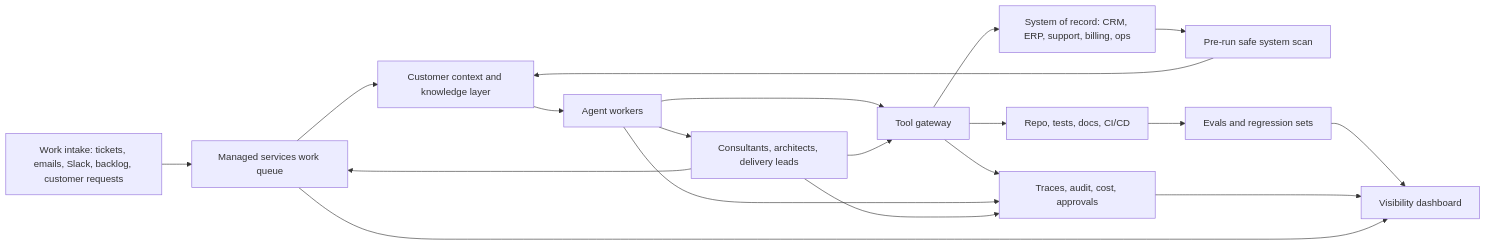
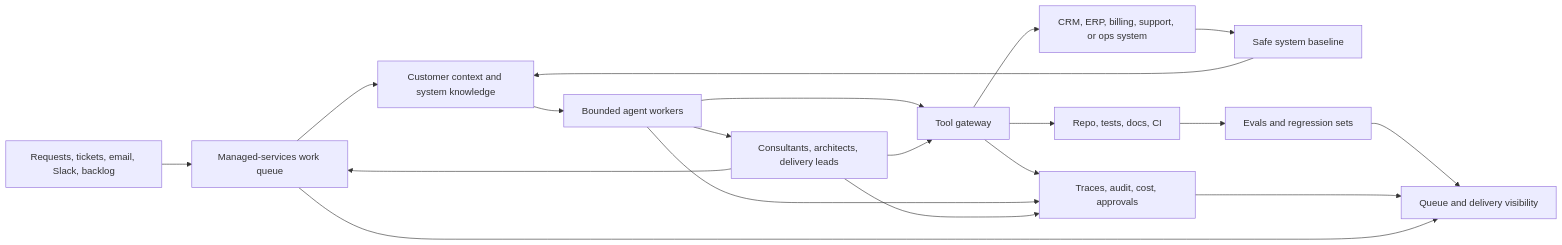
One commit to mdegoll/Hugo-Personal changed the first of 3 diagrams in content/playbooks/cooperative-managed-services-platform-systems-of-record.md. Above: the diagram before and after it, drawn with Mermaid. The commit also changed other lines of this file and 5 other files, not shown here.

````diff
--- a/content/playbooks/cooperative-managed-services-platform-systems-of-record.md
+++ b/content/playbooks/cooperative-managed-services-platform-systems-of-record.md
@@ -113,34 +117,34 @@
 ```mermaid
 flowchart LR
-    Intake["Work intake: tickets, emails, Slack, backlog, customer requests"]
-    Queue["Managed services work queue"]
-    Context["Customer context and knowledge layer"]
-    SystemScan["Pre-run safe system scan"]
-    Agents["Agent workers"]
+    Intake["Requests, tickets, email, Slack, backlog"]
+    Queue["Managed-services work queue"]
+    Context["Customer context and system knowledge"]
+    Scan["Safe system baseline"]
+    Agents["Bounded agent workers"]
     Humans["Consultants, architects, delivery leads"]
     Tools["Tool gateway"]
-    Repo["Repo, tests, docs, CI/CD"]
-    SystemOfRecord["System of record: CRM, ERP, support, billing, ops"]
+    Repo["Repo, tests, docs, CI"]
+    System["CRM, ERP, billing, support, or ops system"]
     Evals["Evals and regression sets"]
     Traces["Traces, audit, cost, approvals"]
-    Dashboard["Visibility dashboard"]
+    Dashboard["Queue and delivery visibility"]
 
     Intake --> Queue
     Queue --> Context
-    SystemOfRecord --> SystemScan
-    SystemScan --> Context
+    System --> Scan
+    Scan --> Context
     Context --> Agents
     Agents --> Tools
     Tools --> Repo
-    Tools --> SystemOfRecord
+    Tools --> System
     Agents --> Humans
     Humans --> Queue
     Humans --> Tools
     Repo --> Evals
     Tools --> Traces
     Agents --> Traces
     Humans --> Traces
     Evals --> Dashboard
     Traces --> Dashboard
     Queue --> Dashboard
 ```
````
